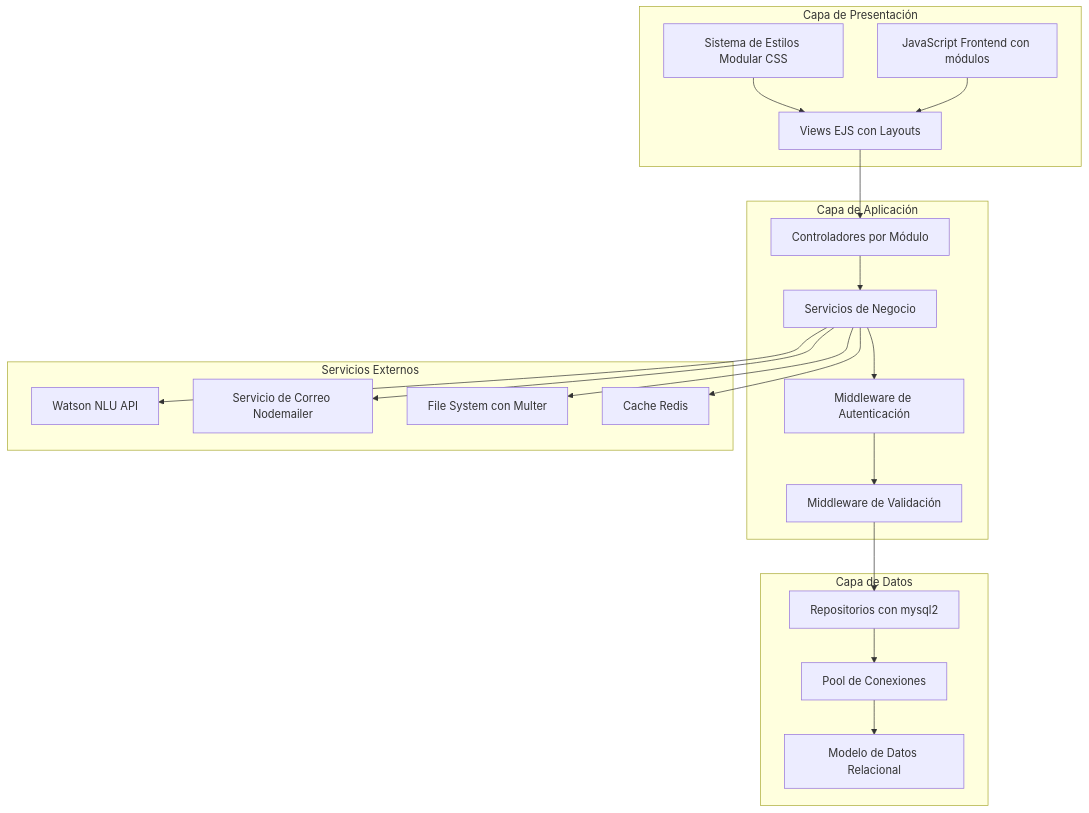
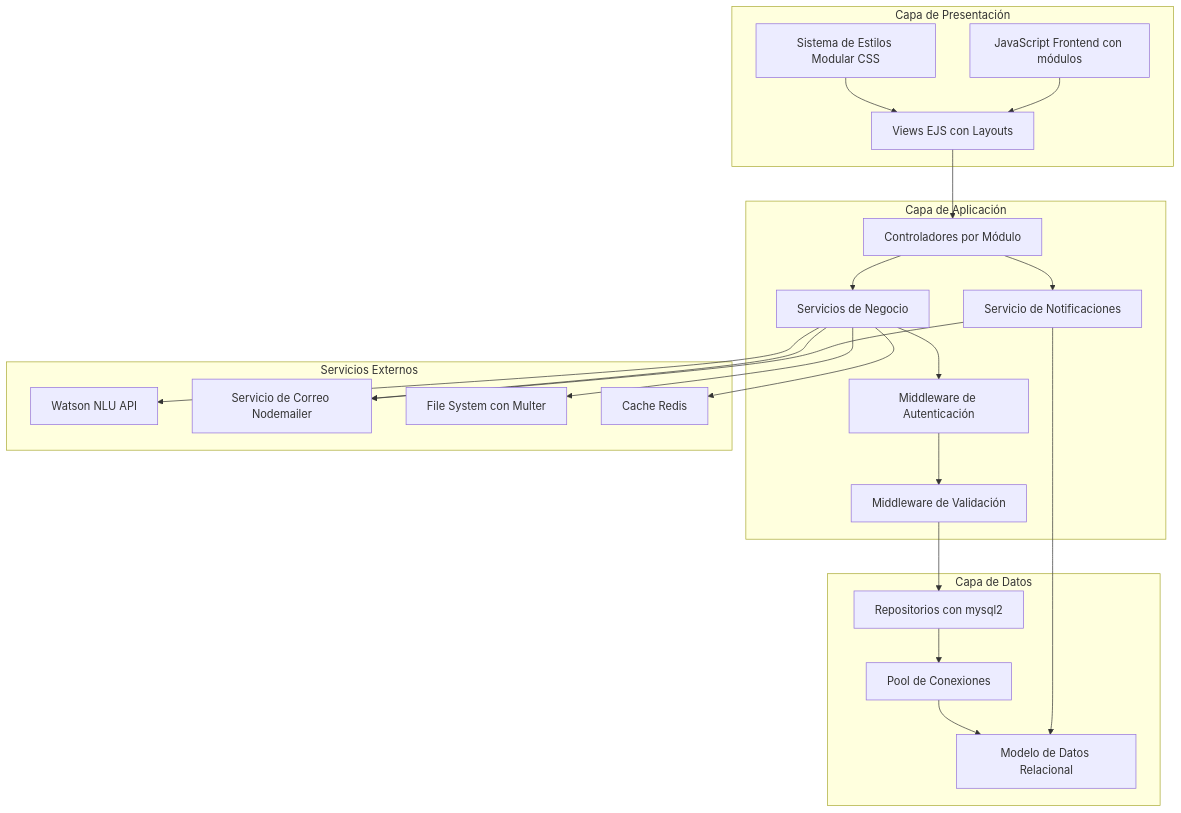
Before and after one commit to JuanCamiloParejaSanchez/gestion_etapa_productiva: the second of 6 diagrams in docs/DOCUMENTACION_TECNICA_COMPLETA.md, drawn with Mermaid. The commit also changed other lines of this file and 2 other files, not shown here.

````diff
--- a/docs/DOCUMENTACION_TECNICA_COMPLETA.md
+++ b/docs/DOCUMENTACION_TECNICA_COMPLETA.md
@@ -96,42 +109,46 @@
 ```mermaid
 graph TB
     subgraph "Capa de Presentación"
         A[Views EJS con Layouts]
         B[Sistema de Estilos Modular CSS]
         C[JavaScript Frontend con módulos]
     end
 
     subgraph "Capa de Aplicación"
         D[Controladores por Módulo]
         E[Servicios de Negocio]
         F[Middleware de Autenticación]
         G[Middleware de Validación]
+        O[Servicio de Notificaciones]
     end
 
     subgraph "Capa de Datos"
         H[Repositorios con mysql2]
         I[Pool de Conexiones]
         J[Modelo de Datos Relacional]
     end
 
     subgraph "Servicios Externos"
         K[Watson NLU API]
         L[Servicio de Correo Nodemailer]
         M[File System con Multer]
         N[Cache Redis]
     end
 
     A --> D
     B --> A
     C --> A
     D --> E
+    D --> O
     E --> F
     F --> G
     G --> H
     H --> I
     I --> J
     E --> K
     E --> L
     E --> M
     E --> N
+    O --> J
+    O --> L
 ```
````
